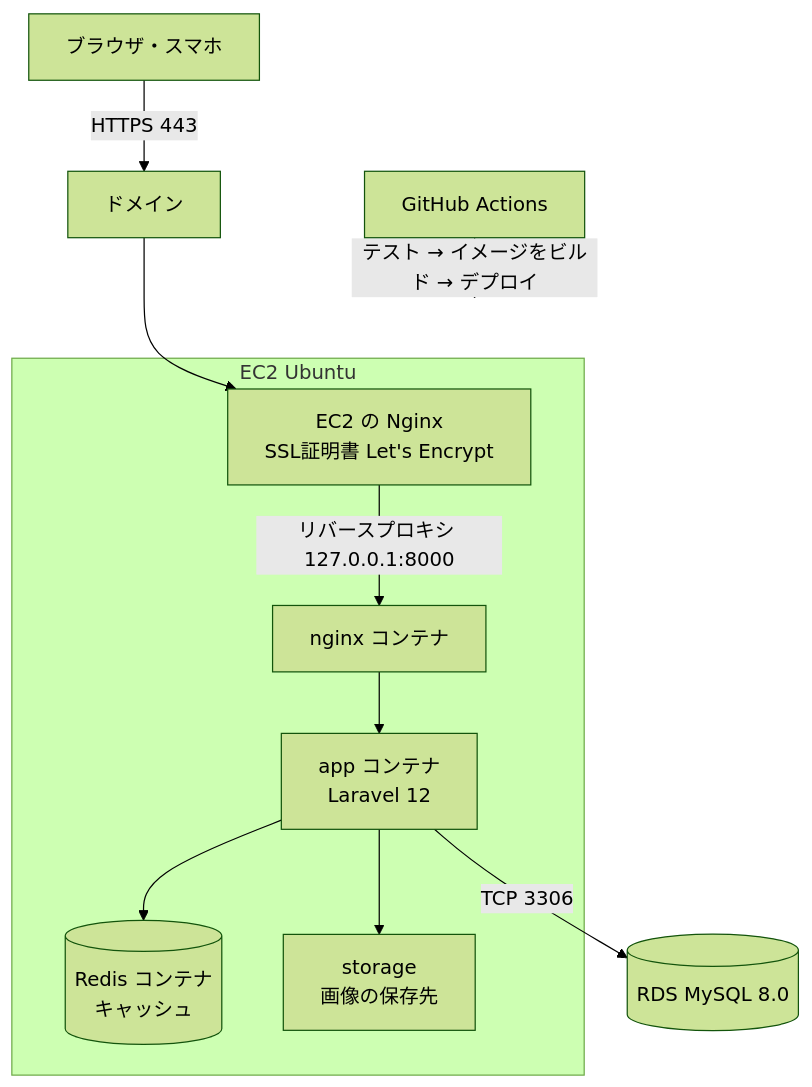
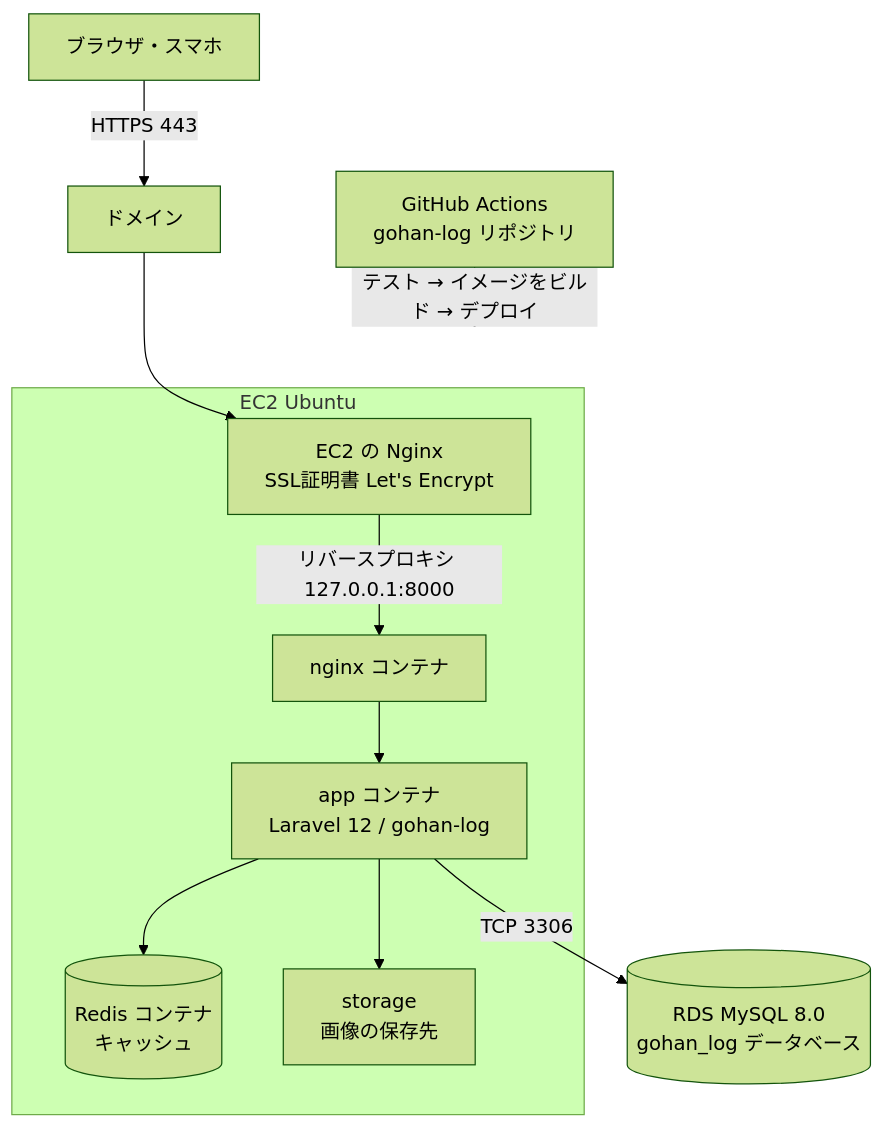
The diagram in docs/05_infrastructure/infrastructure.md (yunabuilds/gohan-log), drawn with Mermaid (forest theme) before and after one commit. The commit also changed other lines of this file and 5 other files, not shown here.

````diff
--- a/docs/05_infrastructure/infrastructure.md
+++ b/docs/05_infrastructure/infrastructure.md
@@ -9,13 +9,13 @@
 ```mermaid
 graph TB
     Client[ブラウザ・スマホ] -->|HTTPS 443| Domain[ドメイン]
     Domain --> Nginx[EC2 の Nginx<br>SSL証明書 Let's Encrypt]
     subgraph EC2[EC2 Ubuntu]
         Nginx -->|リバースプロキシ 127.0.0.1:8000| WebC[nginx コンテナ]
-        WebC --> App[app コンテナ<br>Laravel 12]
+        WebC --> App[app コンテナ<br>Laravel 12 / gohan-log]
         App --> Redis[(Redis コンテナ<br>キャッシュ)]
         App --> Storage[storage<br>画像の保存先]
     end
-    App -->|TCP 3306| RDS[(RDS MySQL 8.0)]
-    GHA[GitHub Actions] -->|テスト → イメージをビルド → デプロイ| EC2
+    App -->|TCP 3306| RDS[(RDS MySQL 8.0<br>gohan_log データベース)]
+    GHA[GitHub Actions<br>gohan-log リポジトリ] -->|テスト → イメージをビルド → デプロイ| EC2
 ```
````
